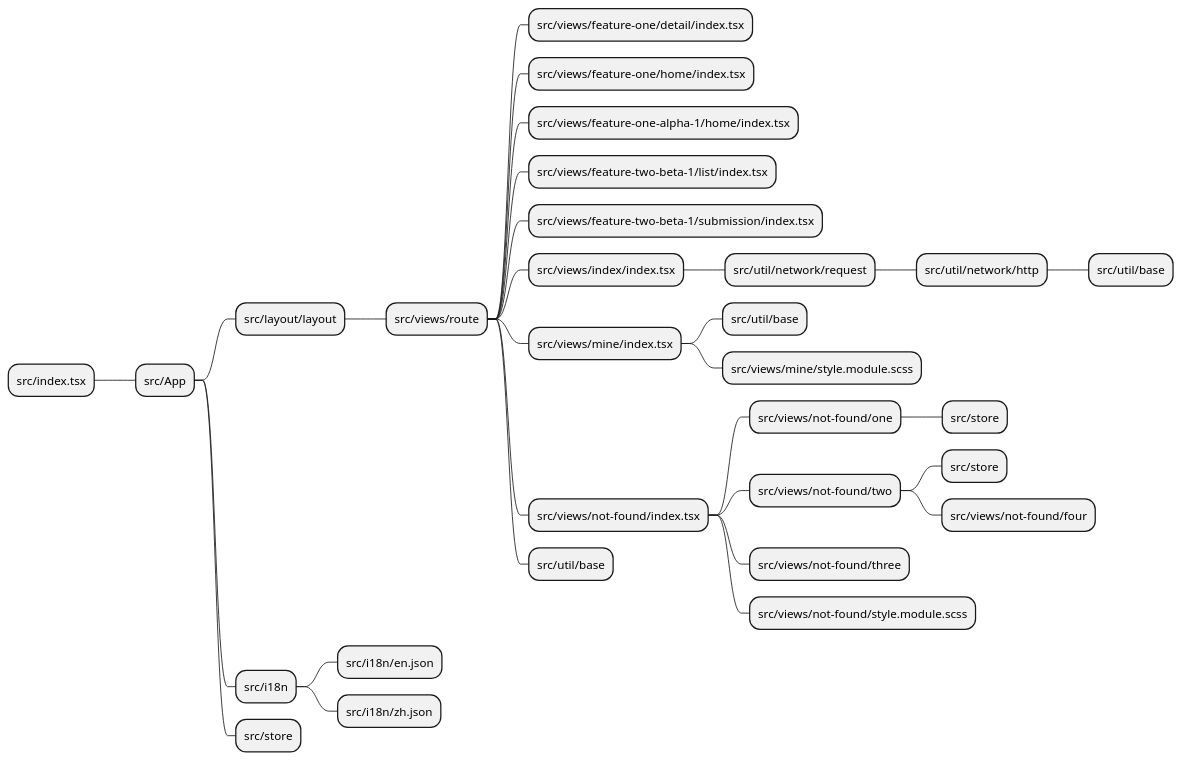
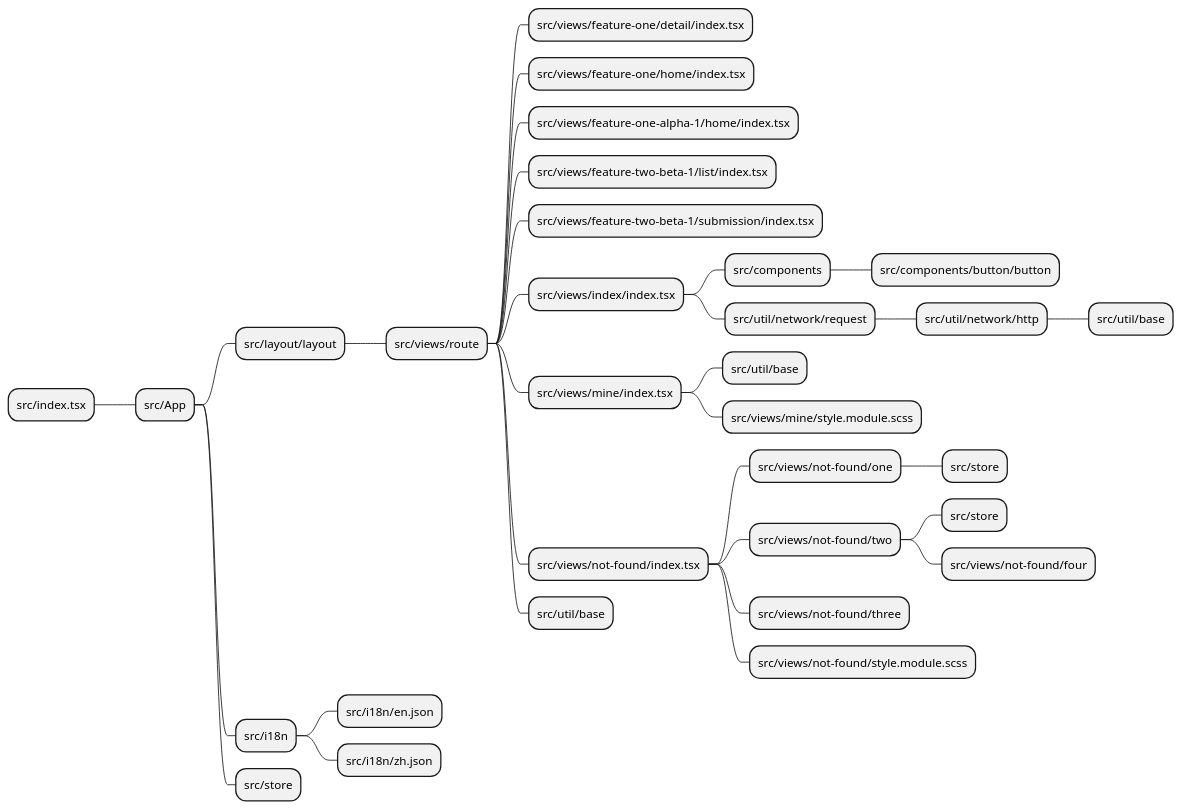
The diagram in scripts/module-graph.wsd (lesterlong007/react-web), drawn with PlantUML before and after one commit. The commit also changed 4 other files, not shown here.

```diff
--- a/scripts/module-graph.wsd
+++ b/scripts/module-graph.wsd
@@ -1,31 +1,33 @@
 @startmindmap Module Graph
 * src/index.tsx
 ** src/App
 *** src/layout/layout
 **** src/views/route
 ***** src/views/feature-one/detail/index.tsx
 ***** src/views/feature-one/home/index.tsx
 ***** src/views/feature-one-alpha-1/home/index.tsx
 ***** src/views/feature-two-beta-1/list/index.tsx
 ***** src/views/feature-two-beta-1/submission/index.tsx
 ***** src/views/index/index.tsx
+****** src/components
+******* src/components/button/button
 ****** src/util/network/request
 ******* src/util/network/http
 ******** src/util/base
 ***** src/views/mine/index.tsx
 ****** src/util/base
 ****** src/views/mine/style.module.scss
 ***** src/views/not-found/index.tsx
 ****** src/views/not-found/one
 ******* src/store
 ****** src/views/not-found/two
 ******* src/store
 ******* src/views/not-found/four
 ****** src/views/not-found/three
 ****** src/views/not-found/style.module.scss
 ***** src/util/base
 *** src/i18n
 **** src/i18n/en.json
 **** src/i18n/zh.json
 *** src/store
 @endmindmap
```
